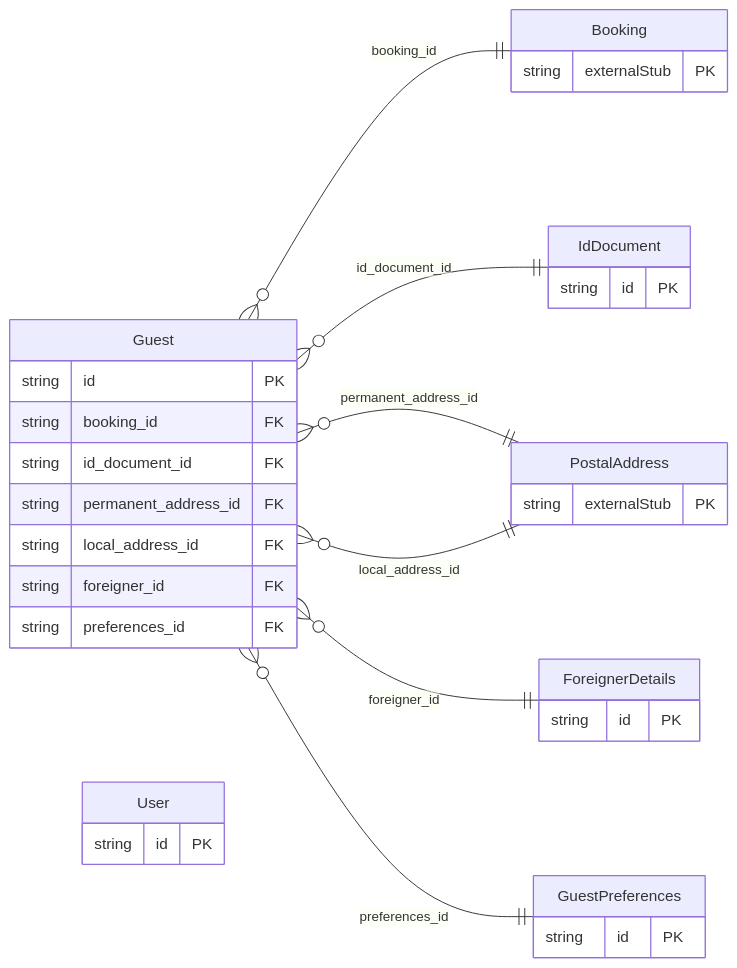
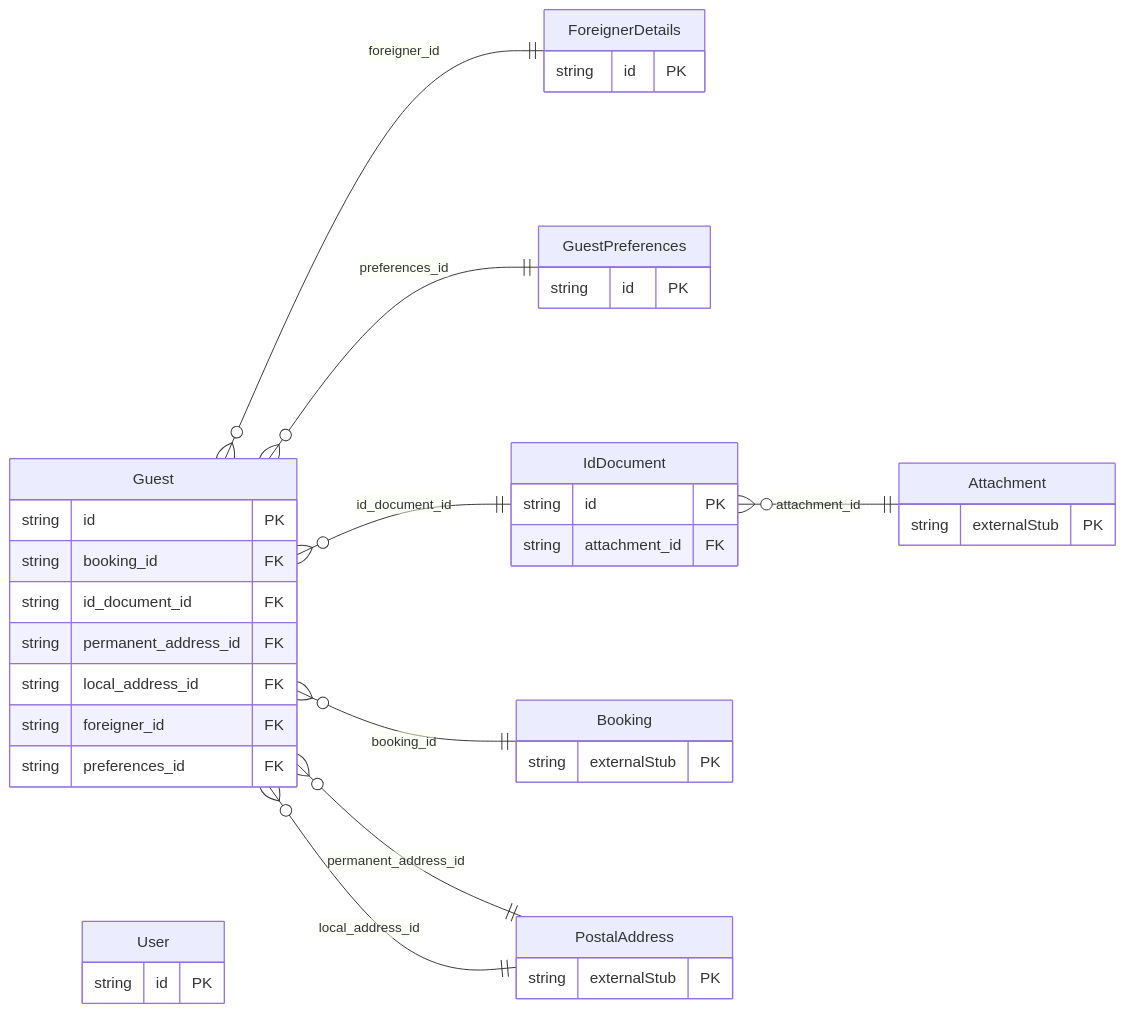
Before and after one commit to oh-tarnished/freebusy: the diagram in protobuf/generated/prisma/freebusy/identity/README.md, drawn with Mermaid. The commit also changed 939 other files, not shown here.

````diff
--- a/protobuf/generated/prisma/freebusy/identity/README.md
+++ b/protobuf/generated/prisma/freebusy/identity/README.md
@@ -13,37 +13,42 @@
 ```mermaid
 erDiagram
     direction LR
     ForeignerDetails {
         string id PK
     }
     Guest {
         string id PK
         string booking_id FK
         string id_document_id FK
         string permanent_address_id FK
         string local_address_id FK
         string foreigner_id FK
         string preferences_id FK
     }
     GuestPreferences {
         string id PK
     }
     IdDocument {
         string id PK
+        string attachment_id FK
     }
     User {
         string id PK
+    }
+    Attachment {
+        string externalStub PK
     }
     Booking {
         string externalStub PK
     }
     PostalAddress {
         string externalStub PK
     }
     Guest }o--|| Booking : "booking_id"
     Guest }o--|| IdDocument : "id_document_id"
     Guest }o--|| PostalAddress : "permanent_address_id"
     Guest }o--|| PostalAddress : "local_address_id"
     Guest }o--|| ForeignerDetails : "foreigner_id"
     Guest }o--|| GuestPreferences : "preferences_id"
+    IdDocument }o--|| Attachment : "attachment_id"
 ```
````
